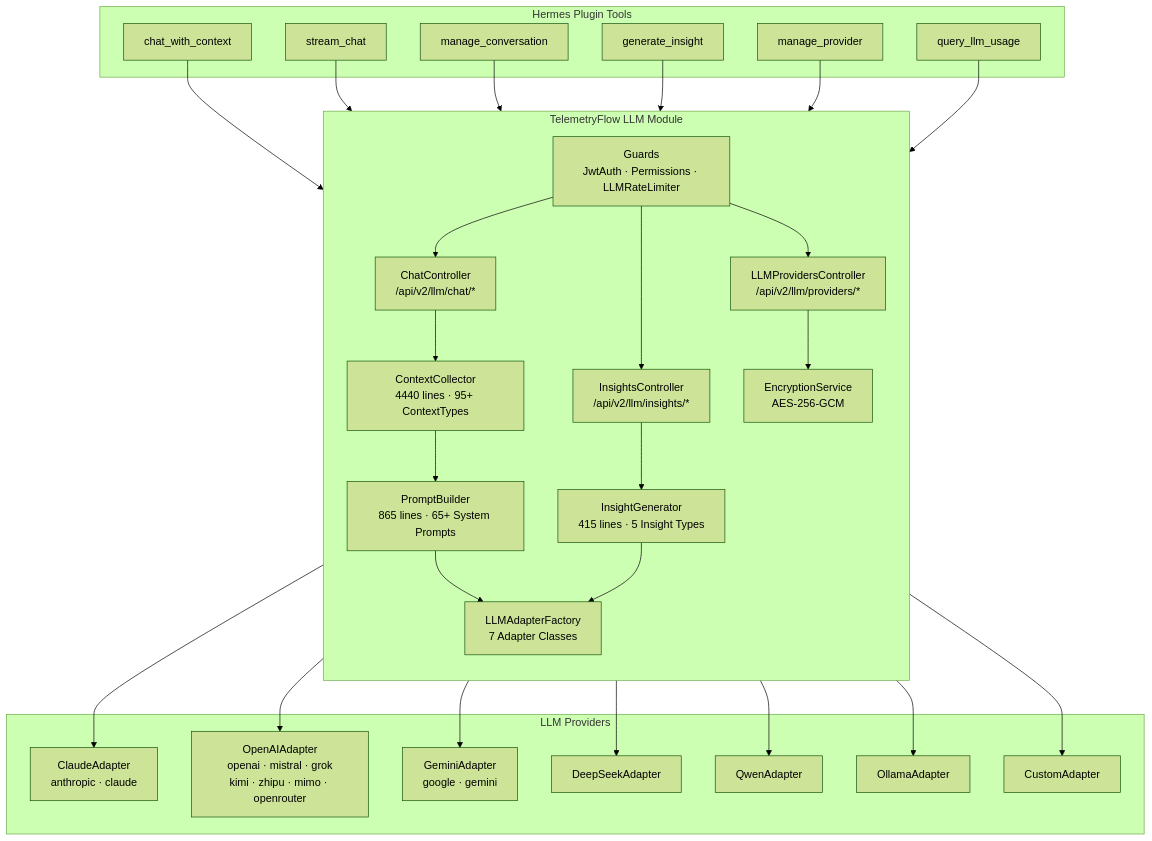
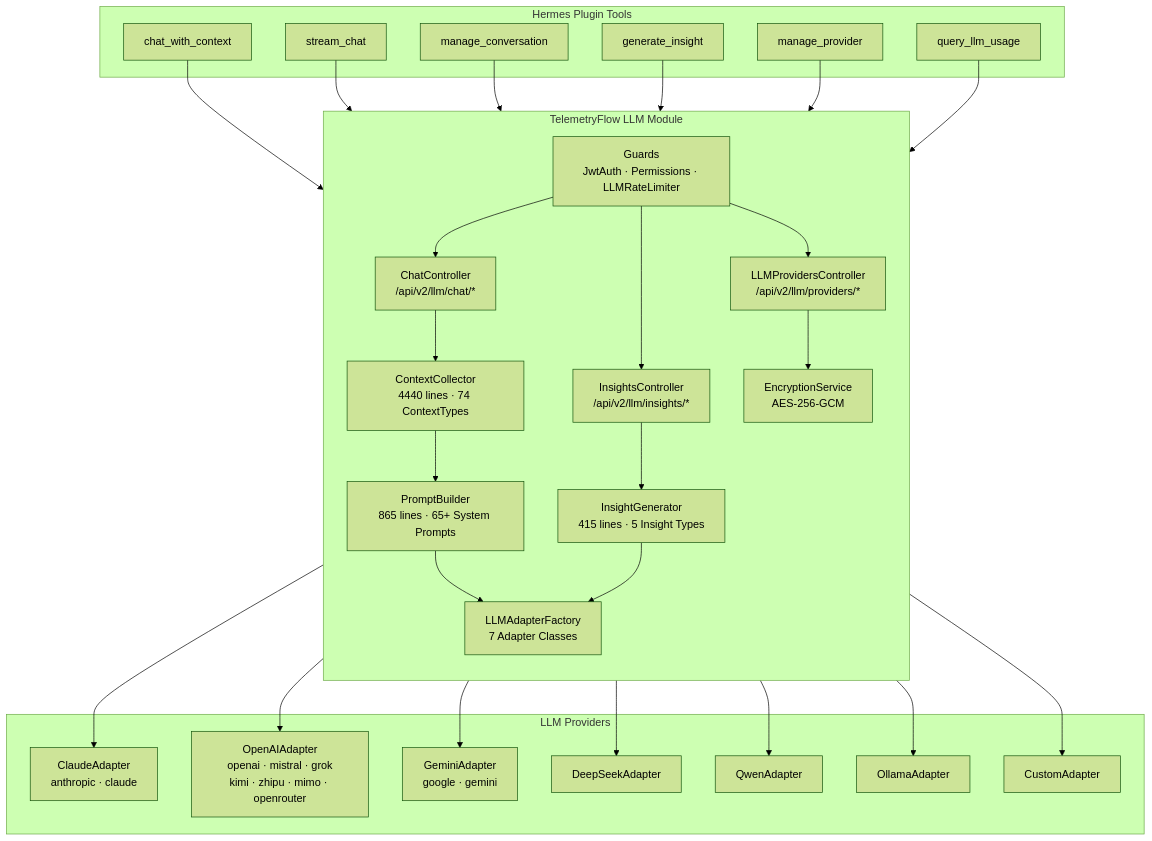
The first of 7 diagrams in docs/api/llm-module.md (telemetryflow/telemetryflow-hermes), drawn with Mermaid (forest theme) before and after one commit. The commit also changed 26 other files, not shown here.

````diff
--- a/docs/api/llm-module.md
+++ b/docs/api/llm-module.md
@@ -7,49 +7,49 @@
 ```mermaid
 graph TB
     subgraph "Hermes Plugin Tools"
         CHAT["chat_with_context"]
         STREAM["stream_chat"]
         CONV["manage_conversation"]
         INSIGHT["generate_insight"]
         USAGE["query_llm_usage"]
         PROV["manage_provider"]
     end
 
     subgraph "TelemetryFlow LLM Module"
         direction TB
         GUARD["Guards<br/>JwtAuth · Permissions · LLMRateLimiter"]
 
         CC["ChatController<br/>/api/v2/llm/chat/*"]
         IC["InsightsController<br/>/api/v2/llm/insights/*"]
         PC["LLMProvidersController<br/>/api/v2/llm/providers/*"]
 
-        CCTX["ContextCollector<br/>4440 lines · 95+ ContextTypes"]
+        CCTX["ContextCollector<br/>4440 lines · 74 ContextTypes"]
         PB["PromptBuilder<br/>865 lines · 65+ System Prompts"]
         IG["InsightGenerator<br/>415 lines · 5 Insight Types"]
         ES["EncryptionService<br/>AES-256-GCM"]
         AF["LLMAdapterFactory<br/>7 Adapter Classes"]
     end
 
     subgraph "LLM Providers"
         A1["ClaudeAdapter<br/>anthropic · claude"]
         A2["OpenAIAdapter<br/>openai · mistral · grok<br/>kimi · zhipu · mimo · openrouter"]
         A3["GeminiAdapter<br/>google · gemini"]
         A4["DeepSeekAdapter"]
         A5["QwenAdapter"]
         A6["OllamaAdapter"]
         A7["CustomAdapter"]
     end
 
     CHAT --> CC
     STREAM --> CC
     CONV --> CC
     INSIGHT --> IC
     PROV --> PC
     USAGE --> CC
 
     GUARD --> CC & IC & PC
     CC --> CCTX --> PB --> AF
     IC --> IG --> AF
     PC --> ES
     AF --> A1 & A2 & A3 & A4 & A5 & A6 & A7
 ```
````
